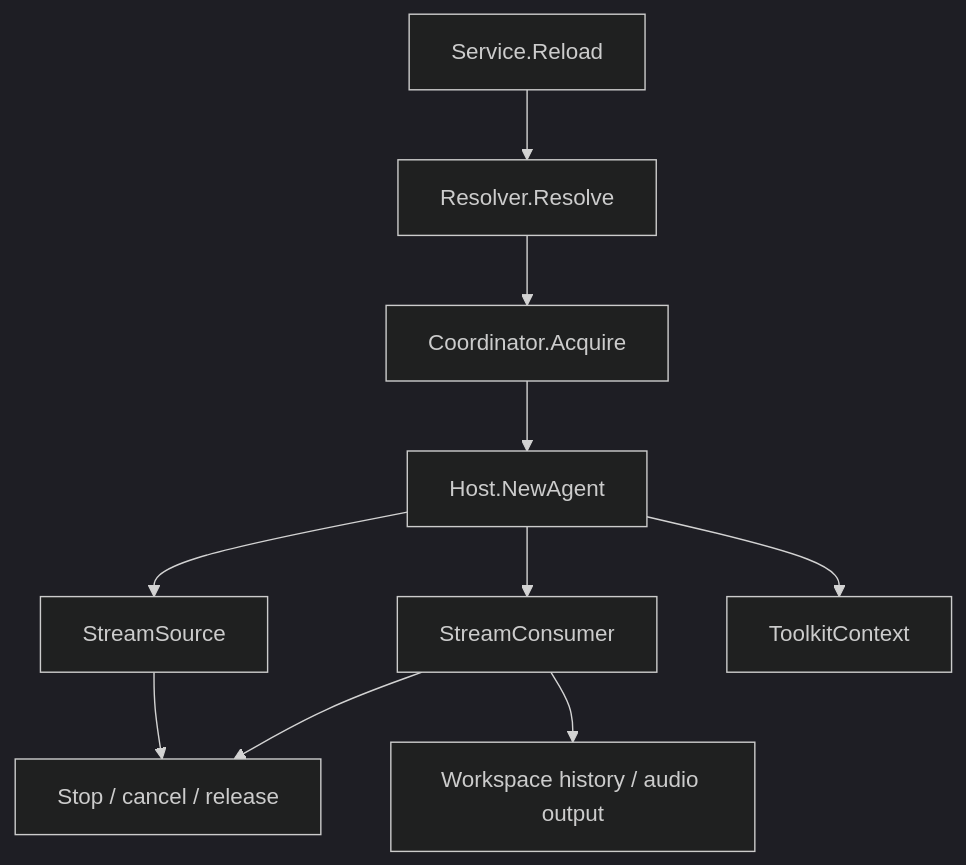
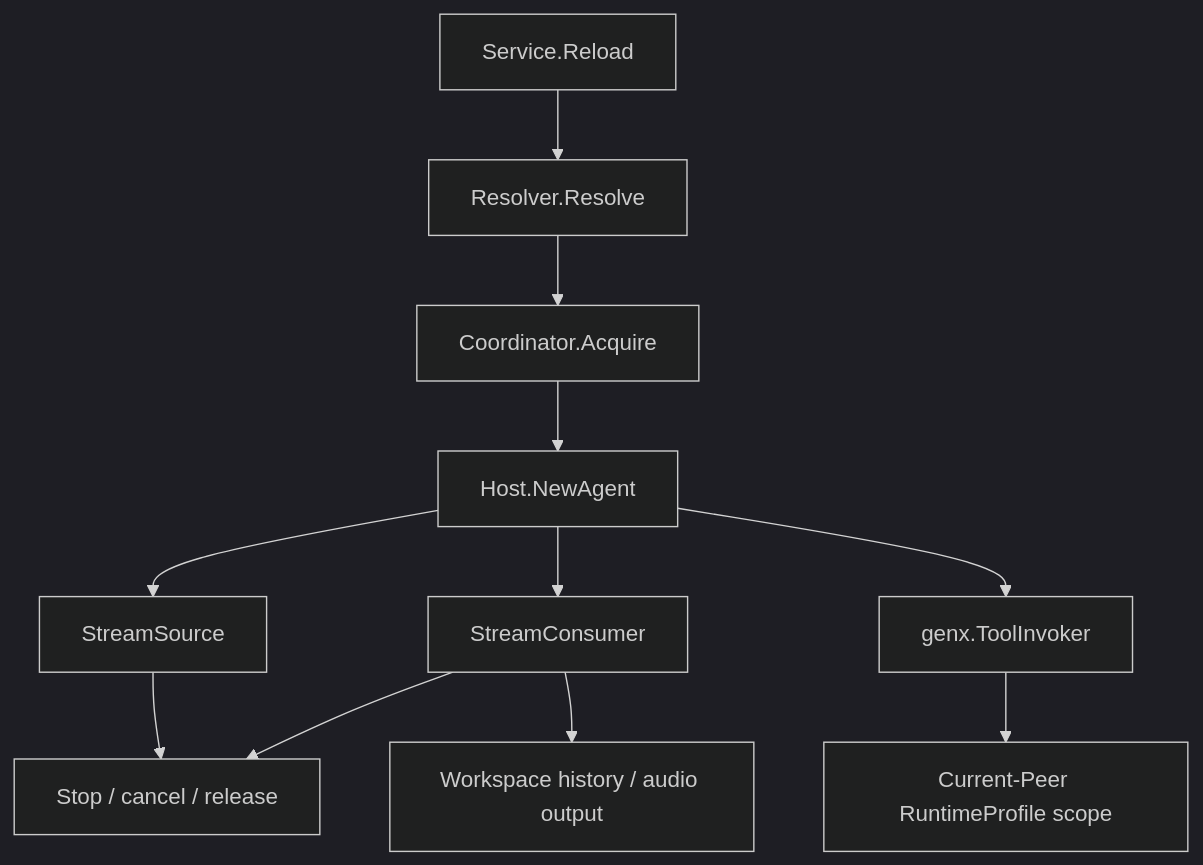
The diagram in guides/en/developing/gizclaw/services/runtime/agenthost.md (GizClaw/gizclaw), drawn with Mermaid (dark theme) before and after one commit. The commit also changed other lines of this file and 95 other files, not shown here.

First line of the commit message:
tools: add typed RuntimeProfile tool execution

````diff
--- a/guides/en/developing/gizclaw/services/runtime/agenthost.md
+++ b/guides/en/developing/gizclaw/services/runtime/agenthost.md
@@ -9,12 +9,13 @@
 ```mermaid
 flowchart TD
     Reload["Service.Reload"] --> Resolve["Resolver.Resolve"]
     Resolve --> Lease["Coordinator.Acquire"]
     Lease --> Agent["Host.NewAgent"]
     Agent --> Input["StreamSource"]
     Agent --> Output["StreamConsumer"]
     Output --> History["Workspace history / audio output"]
-    Agent --> Toolkit["ToolkitContext"]
+    Agent --> Toolkit["genx.ToolInvoker"]
+    Toolkit --> Profile["Current-Peer RuntimeProfile scope"]
     Input --> Stop["Stop / cancel / release"]
     Output --> Stop
 ```
````
